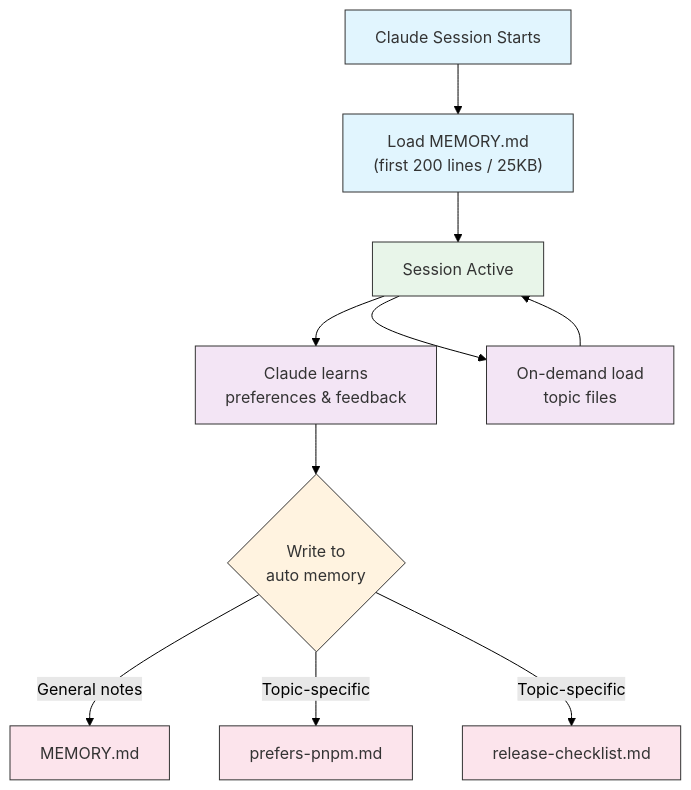
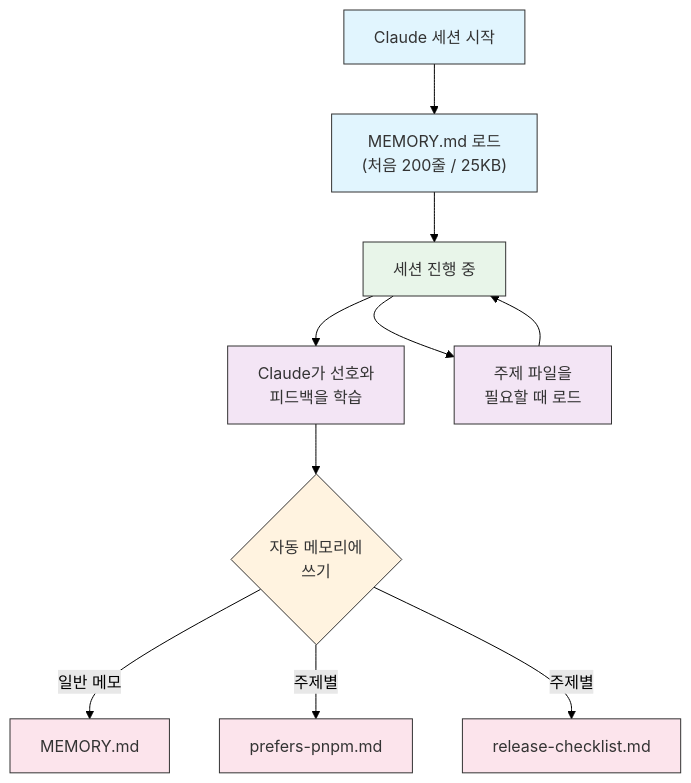
One commit to KIMDONGWHEE99/howkorean changed the fourth of 5 diagrams in 02-memory/README.md. Above: the diagram before and after it, drawn with Mermaid (forest theme). The commit also changed other lines of this file, not shown here.

First line of the commit message:
docs(memory): 02-memory 가이드를 한국어로 번역

````diff
--- a/02-memory/README.md
+++ b/02-memory/README.md
@@ -509,22 +509,22 @@
 ```mermaid
 graph TD
-    A["Claude Session Starts"] --> B["Load MEMORY.md<br/>(first 200 lines / 25KB)"]
-    B --> C["Session Active"]
-    C --> D["Claude learns<br/>preferences & feedback"]
-    D --> E{"Write to<br/>auto memory"}
-    E -->|General notes| F["MEMORY.md"]
-    E -->|Topic-specific| G["prefers-pnpm.md"]
-    E -->|Topic-specific| H["release-checklist.md"]
-    C --> I["On-demand load<br/>topic files"]
+    A["Claude 세션 시작"] --> B["MEMORY.md 로드<br/>(처음 200줄 / 25KB)"]
+    B --> C["세션 진행 중"]
+    C --> D["Claude가 선호와<br/>피드백을 학습"]
+    D --> E{"자동 메모리에<br/>쓰기"}
+    E -->|일반 메모| F["MEMORY.md"]
+    E -->|주제별| G["prefers-pnpm.md"]
+    E -->|주제별| H["release-checklist.md"]
+    C --> I["주제 파일을<br/>필요할 때 로드"]
     I --> C
 
     style A fill:#e1f5fe,stroke:#333,color:#333
     style B fill:#e1f5fe,stroke:#333,color:#333
     style C fill:#e8f5e9,stroke:#333,color:#333
     style D fill:#f3e5f5,stroke:#333,color:#333
     style E fill:#fff3e0,stroke:#333,color:#333
     style F fill:#fce4ec,stroke:#333,color:#333
     style G fill:#fce4ec,stroke:#333,color:#333
     style H fill:#fce4ec,stroke:#333,color:#333
     style I fill:#f3e5f5,stroke:#333,color:#333
 ```
````
